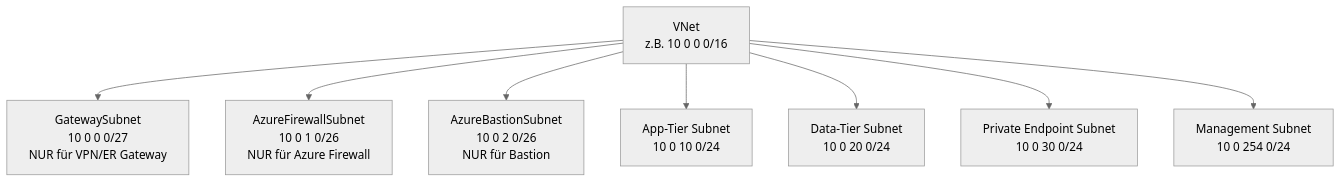
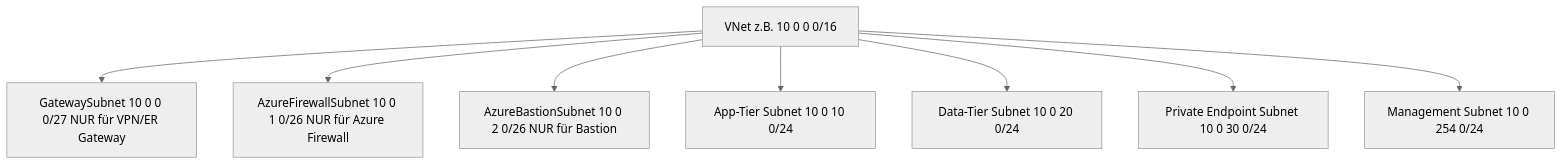
Before and after one commit to SoniiiT/notes-n-docs: the sixth of 6 diagrams in Microsoft 365/Azure/Netzwerk/Azure Virtual Network.md, drawn with Mermaid (neutral theme). The commit also changed other lines of this file and 124 other files, not shown here.

First line of the commit message:
fix: Entferne \n aus allen Mermaid-Diagrammen (125 Dateien)

````diff
--- a/Microsoft 365/Azure/Netzwerk/Azure Virtual Network.md
+++ b/Microsoft 365/Azure/Netzwerk/Azure Virtual Network.md
@@ -285,10 +285,10 @@
 ```mermaid
 graph TD
-    VNET[VNet\nz.B. 10 0 0 0/16] --> GW[GatewaySubnet\n10 0 0 0/27\nNUR für VPN/ER Gateway]
-    VNET --> FW[AzureFirewallSubnet\n10 0 1 0/26\nNUR für Azure Firewall]
-    VNET --> BASTION[AzureBastionSubnet\n10 0 2 0/26\nNUR für Bastion]
-    VNET --> APP[App-Tier Subnet\n10 0 10 0/24]
-    VNET --> DATA[Data-Tier Subnet\n10 0 20 0/24]
-    VNET --> PE[Private Endpoint Subnet\n10 0 30 0/24]
-    VNET --> MGT[Management Subnet\n10 0 254 0/24]
+    VNET[VNet z.B. 10 0 0 0/16] --> GW[GatewaySubnet 10 0 0 0/27 NUR für VPN/ER Gateway]
+    VNET --> FW[AzureFirewallSubnet 10 0 1 0/26 NUR für Azure Firewall]
+    VNET --> BASTION[AzureBastionSubnet 10 0 2 0/26 NUR für Bastion]
+    VNET --> APP[App-Tier Subnet 10 0 10 0/24]
+    VNET --> DATA[Data-Tier Subnet 10 0 20 0/24]
+    VNET --> PE[Private Endpoint Subnet 10 0 30 0/24]
+    VNET --> MGT[Management Subnet 10 0 254 0/24]
 ```
````
